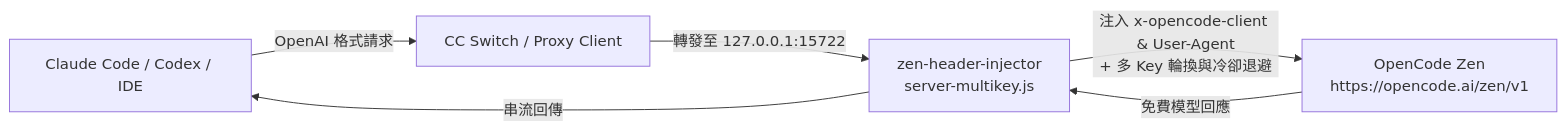
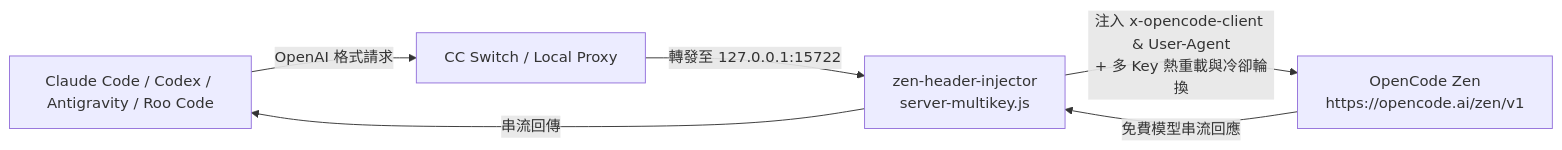
Before and after one commit to xup61069/HakkaAICODE: the second of 2 diagrams in README.md, drawn with Mermaid. The commit also changed other lines of this file and 1 other file, not shown here.

````diff
--- a/README.md
+++ b/README.md
@@ -65,8 +104,8 @@
 ```mermaid
 flowchart LR
-    A[Claude Code / Codex / IDE] -->|OpenAI 格式請求| B[CC Switch / Proxy Client]
+    A[Claude Code / Codex / Antigravity / Roo Code] -->|OpenAI 格式請求| B[CC Switch / Local Proxy]
     B -->|轉發至 127.0.0.1:15722| C[zen-header-injector<br>server-multikey.js]
-    C -->|注入 x-opencode-client & User-Agent<br>+ 多 Key 輪換與冷卻退避| D[OpenCode Zen<br>https://opencode.ai/zen/v1]
-    D -->|免費模型回應| C
+    C -->|注入 x-opencode-client & User-Agent<br>+ 多 Key 熱重載與冷卻輪換| D[OpenCode Zen<br>https://opencode.ai/zen/v1]
+    D -->|免費模型串流回應| C
     C -->|串流回傳| A
 ```
````
